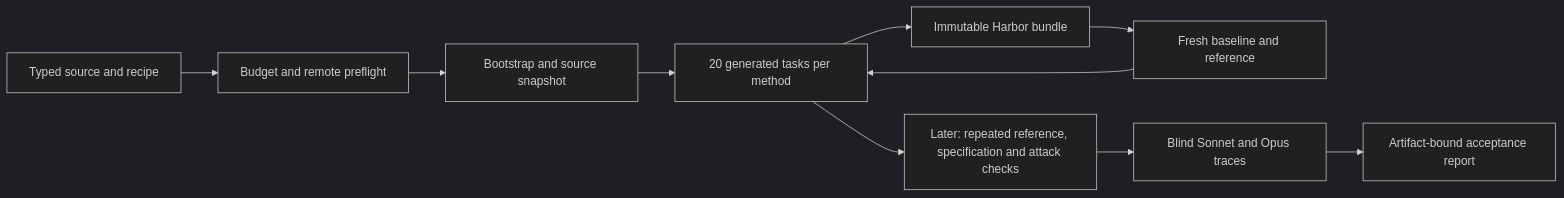
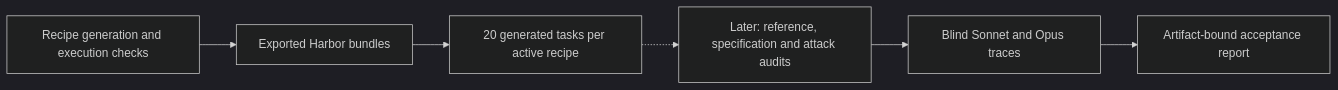
The third of 3 diagrams in docs/pipelines/owned_recipes.md (huggingface/Repo2RLEnv), drawn with Mermaid (dark theme) before and after one commit. The commit also changed other lines of this file and 34 other files, not shown here.

````diff
--- a/docs/pipelines/owned_recipes.md
+++ b/docs/pipelines/owned_recipes.md
@@ -60,12 +180,8 @@
 ```mermaid
 flowchart LR
-  I[Typed source and recipe] --> P[Budget and remote preflight]
-  P --> B[Bootstrap and source snapshot]
-  B --> G[Recipe-specific generation]
-  G --> H[Immutable Harbor bundle]
-  H --> E[Fresh baseline and reference]
-  E --> G[20 generated tasks per method]
-  G --> Q[Later: repeated reference, specification and attack checks]
-  Q --> R[Blind Sonnet and Opus traces]
-  R --> A[Artifact-bound acceptance report]
+  G["Recipe generation and execution checks"] --> H["Exported Harbor bundles"]
+  H --> M["20 generated tasks per active recipe"]
+  M -.-> Q["Later: reference, specification and attack audits"]
+  Q --> R["Blind Sonnet and Opus traces"]
+  R --> A["Artifact-bound acceptance report"]
 ```
````
